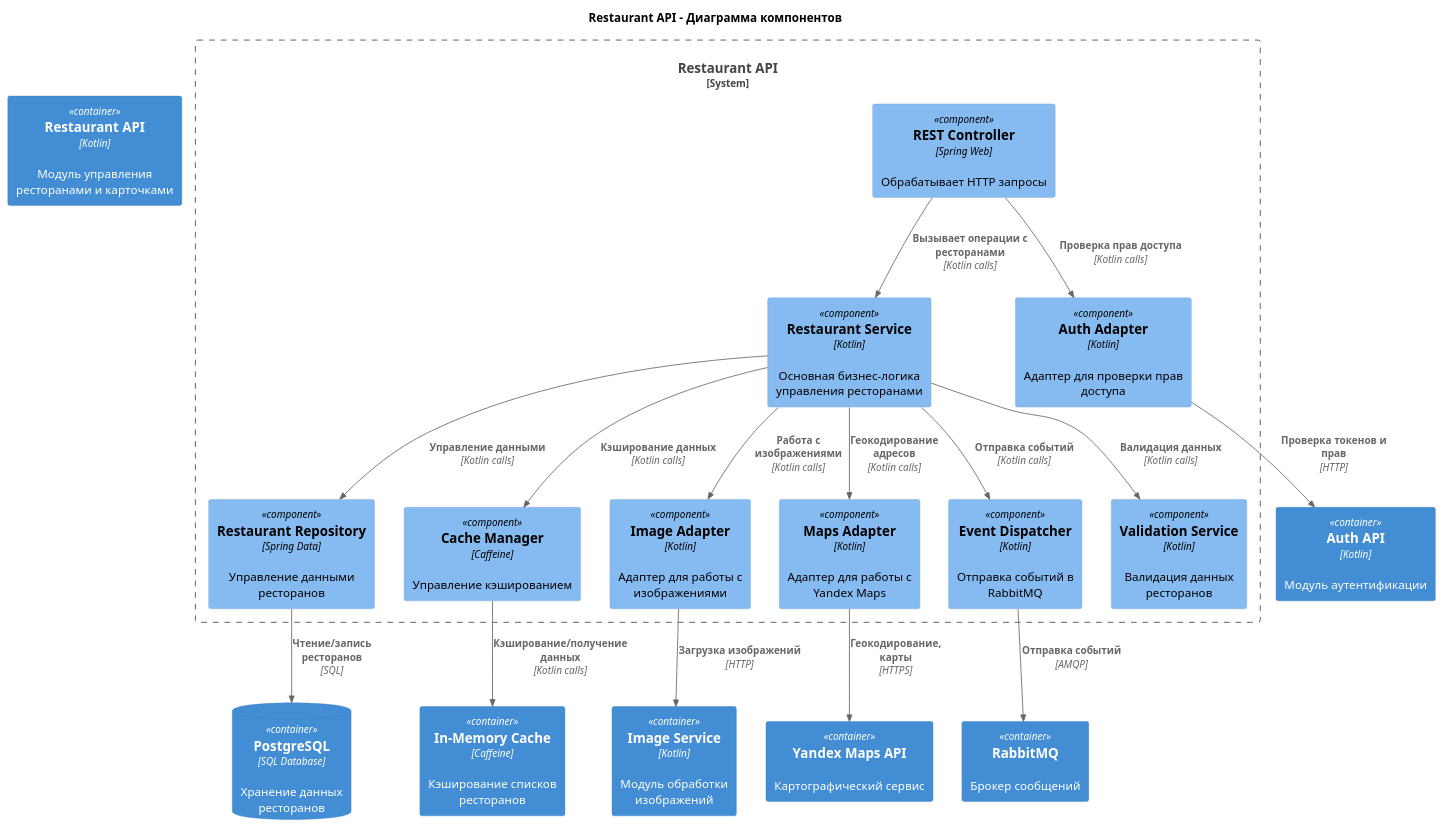
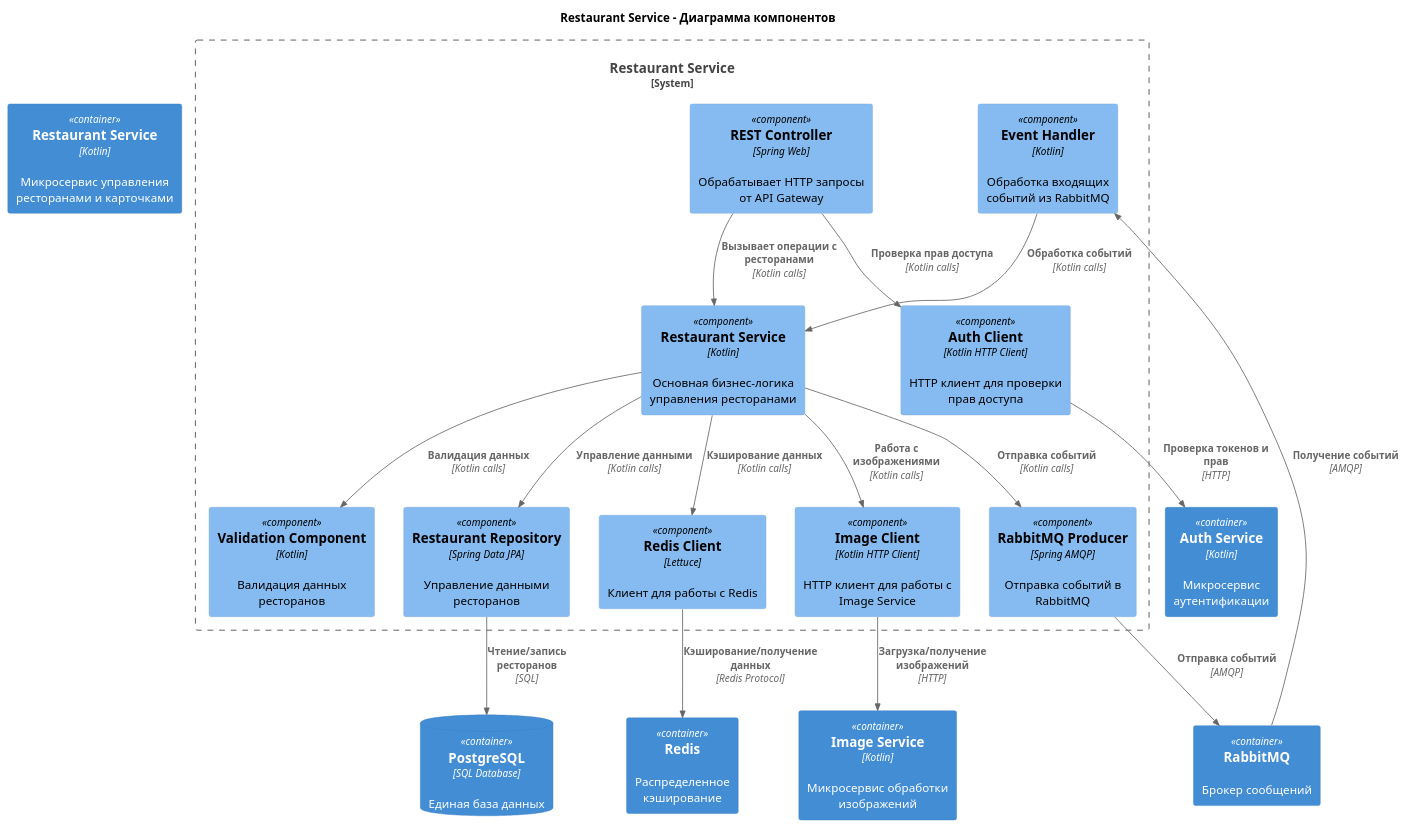
The diagram in 2. Технический проект/component.puml (Cerber879/TRPO), drawn with PlantUML before and after one commit. The commit also changed 4 other files, not shown here.

Commit message:
сделали вместо монолита, микросервис. переделали диаграммы с4

```diff
--- a/2. Технический проект/component.puml
+++ b/2. Технический проект/component.puml
@@ -1,51 +1,51 @@
 @startuml
-!include lib/C4_Component.puml
+!include https://raw.githubusercontent.com/plantuml-stdlib/C4-PlantUML/master/C4_Component.puml
 
-title Restaurant API - Диаграмма компонентов
+title Restaurant Service - Диаграмма компонентов
 
-Container(restaurant_api_container, "Restaurant API", "Kotlin", "Модуль управления ресторанами и карточками")
+Container(restaurant_service_container, "Restaurant Service", "Kotlin", "Микросервис управления ресторанами и карточками")
 
-System_Boundary(restaurant_api_boundary, "Restaurant API") {
-    Component(rest_controller, "REST Controller", "Spring Web", "Обрабатывает HTTP запросы")
+System_Boundary(restaurant_service_boundary, "Restaurant Service") {
+    Component(rest_controller, "REST Controller", "Spring Web", "Обрабатывает HTTP запросы от API Gateway")
     
-    Component(restaurant_service, "Restaurant Service", "Kotlin", "Основная бизнес-логика управления ресторанами")
-    Component(restaurant_repository, "Restaurant Repository", "Spring Data", "Управление данными ресторанов")
+    Component(restaurant_service_layer, "Restaurant Service", "Kotlin", "Основная бизнес-логика управления ресторанами")
+    Component(restaurant_repository, "Restaurant Repository", "Spring Data JPA", "Управление данными ресторанов")
     
-    Component(cache_manager, "Cache Manager", "Caffeine", "Управление кэшированием")
+    Component(redis_client, "Redis Client", "Lettuce", "Клиент для работы с Redis")
     
-    Component(auth_adapter, "Auth Adapter", "Kotlin", "Адаптер для проверки прав доступа")
-    Component(image_adapter, "Image Adapter", "Kotlin", "Адаптер для работы с изображениями")
-    Component(maps_adapter, "Maps Adapter", "Kotlin", "Адаптер для работы с Yandex Maps")
+    Component(auth_client, "Auth Client", "Kotlin HTTP Client", "HTTP клиент для проверки прав доступа")
+    Component(image_client, "Image Client", "Kotlin HTTP Client", "HTTP клиент для работы с Image Service")
     
-    Component(event_dispatcher, "Event Dispatcher", "Kotlin", "Отправка событий в RabbitMQ")
+    Component(rabbitmq_producer, "RabbitMQ Producer", "Spring AMQP", "Отправка событий в RabbitMQ")
     
-    Component(validation_service, "Validation Service", "Kotlin", "Валидация данных ресторанов")
+    Component(validation_component, "Validation Component", "Kotlin", "Валидация данных ресторанов")
+    
+    Component(event_handler, "Event Handler", "Kotlin", "Обработка входящих событий из RabbitMQ")
 }
 
-ContainerDb(db_postgres, "PostgreSQL", "SQL Database", "Хранение данных ресторанов")
-Container(cache, "In-Memory Cache", "Caffeine", "Кэширование списков ресторанов")
+ContainerDb(db_postgres, "PostgreSQL", "SQL Database", "Единая база данных")
+Container(redis_cache, "Redis", "", "Распределенное кэширование")
 Container(rabbitmq, "RabbitMQ", "", "Брокер сообщений")
-Container(auth_api, "Auth API", "Kotlin", "Модуль аутентификации")
-Container(image_service, "Image Service", "Kotlin", "Модуль обработки изображений")
-Container(yandex_maps, "Yandex Maps API", "", "Картографический сервис")
+Container(auth_service, "Auth Service", "Kotlin", "Микросервис аутентификации")
+Container(image_service, "Image Service", "Kotlin", "Микросервис обработки изображений")
 
-Rel(rest_controller, restaurant_service, "Вызывает операции с ресторанами", "Kotlin calls")
-Rel(rest_controller, auth_adapter, "Проверка прав доступа", "Kotlin calls")
+Rel(rest_controller, restaurant_service_layer, "Вызывает операции с ресторанами", "Kotlin calls")
+Rel(rest_controller, auth_client, "Проверка прав доступа", "Kotlin calls")
 
-Rel(restaurant_service, restaurant_repository, "Управление данными", "Kotlin calls")
-Rel(restaurant_service, cache_manager, "Кэширование данных", "Kotlin calls")
-Rel(restaurant_service, validation_service, "Валидация данных", "Kotlin calls")
-Rel(restaurant_service, image_adapter, "Работа с изображениями", "Kotlin calls")
-Rel(restaurant_service, maps_adapter, "Геокодирование адресов", "Kotlin calls")
-Rel(restaurant_service, event_dispatcher, "Отправка событий", "Kotlin calls")
+Rel(restaurant_service_layer, restaurant_repository, "Управление данными", "Kotlin calls")
+Rel(restaurant_service_layer, redis_client, "Кэширование данных", "Kotlin calls")
+Rel(restaurant_service_layer, validation_component, "Валидация данных", "Kotlin calls")
+Rel(restaurant_service_layer, image_client, "Работа с изображениями", "Kotlin calls")
+Rel(restaurant_service_layer, rabbitmq_producer, "Отправка событий", "Kotlin calls")
 
 Rel(restaurant_repository, db_postgres, "Чтение/запись ресторанов", "SQL")
-Rel(cache_manager, cache, "Кэширование/получение данных", "Kotlin calls")
+Rel(redis_client, redis_cache, "Кэширование/получение данных", "Redis Protocol")
 
-Rel(auth_adapter, auth_api, "Проверка токенов и прав", "HTTP")
-Rel(image_adapter, image_service, "Загрузка изображений", "HTTP")
-Rel(maps_adapter, yandex_maps, "Геокодирование, карты", "HTTPS")
+Rel(auth_client, auth_service, "Проверка токенов и прав", "HTTP")
+Rel(image_client, image_service, "Загрузка/получение изображений", "HTTP")
 
-Rel(event_dispatcher, rabbitmq, "Отправка событий", "AMQP")
+Rel(rabbitmq_producer, rabbitmq, "Отправка событий", "AMQP")
+Rel(rabbitmq, event_handler, "Получение событий", "AMQP")
+Rel(event_handler, restaurant_service_layer, "Обработка событий", "Kotlin calls")
 
 @enduml
```
